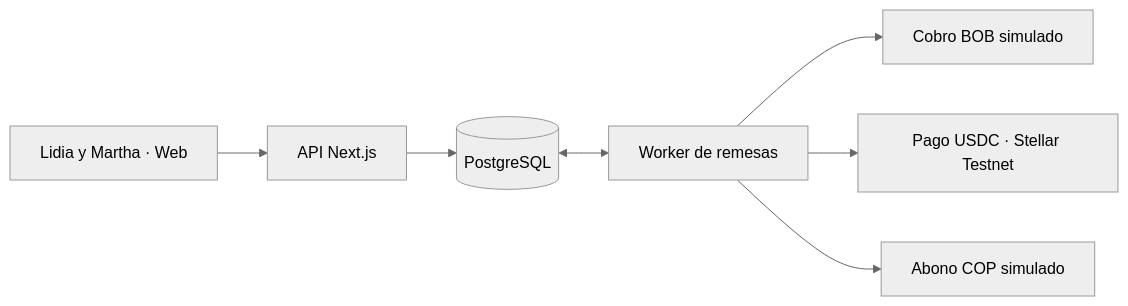
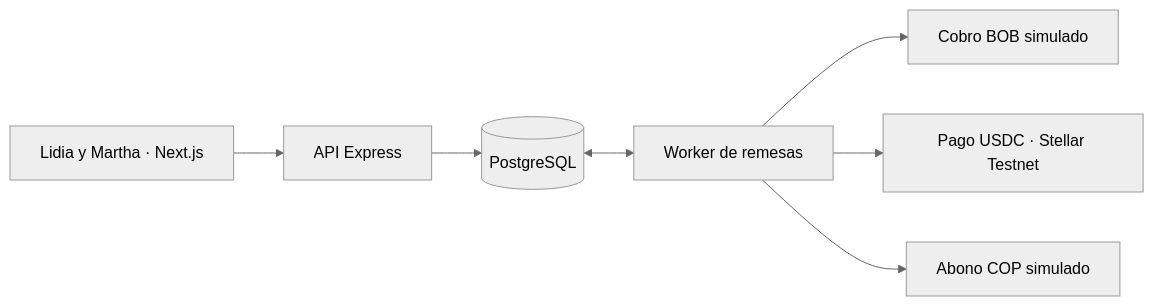
Before and after one commit to srllamadev/DeOne: the diagram in README.md, drawn with Mermaid (neutral theme). The commit also changed other lines of this file and 36 other files, not shown here.

````diff
--- a/README.md
+++ b/README.md
@@ -25,9 +64,9 @@
 ```mermaid
 flowchart LR
-    A[Lidia y Martha · Web] --> B[API Next.js]
+    A[Lidia y Martha · Next.js] --> B[API Express]
     B --> C[(PostgreSQL)]
     C <--> D[Worker de remesas]
     D --> E[Cobro BOB simulado]
     D --> F[Pago USDC · Stellar Testnet]
     D --> G[Abono COP simulado]
 ```
````
